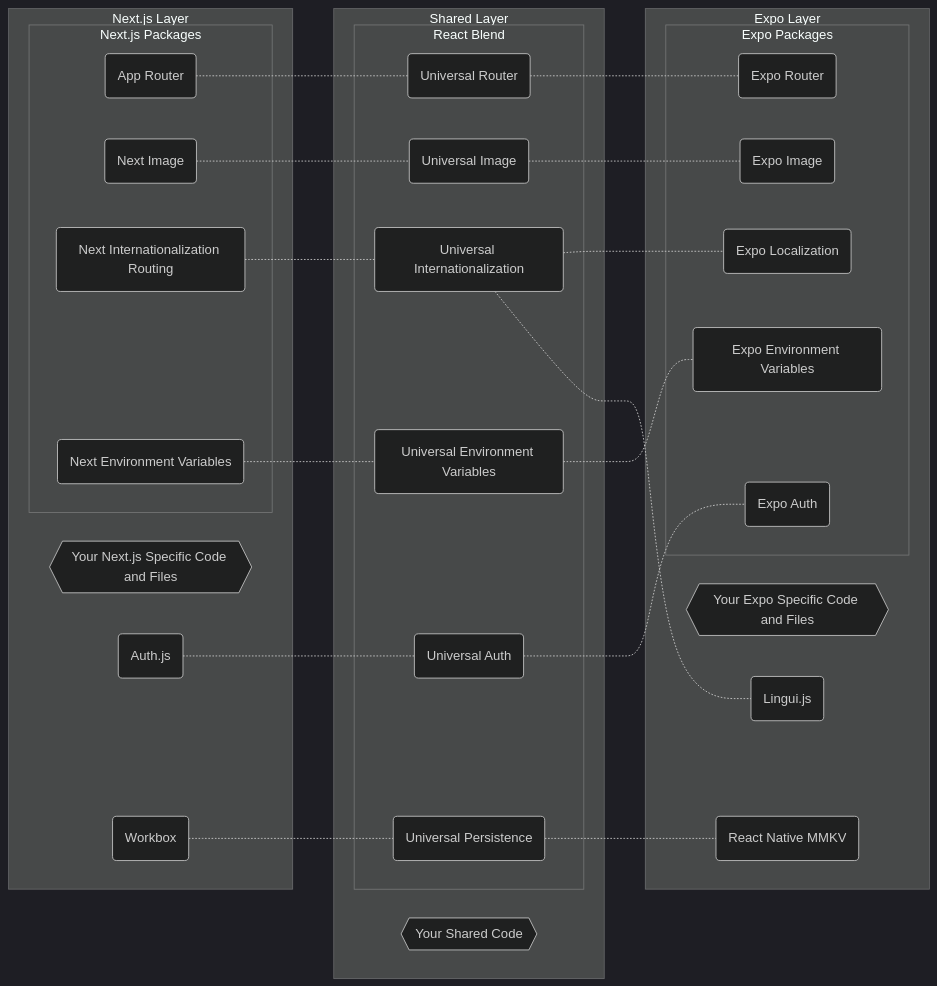
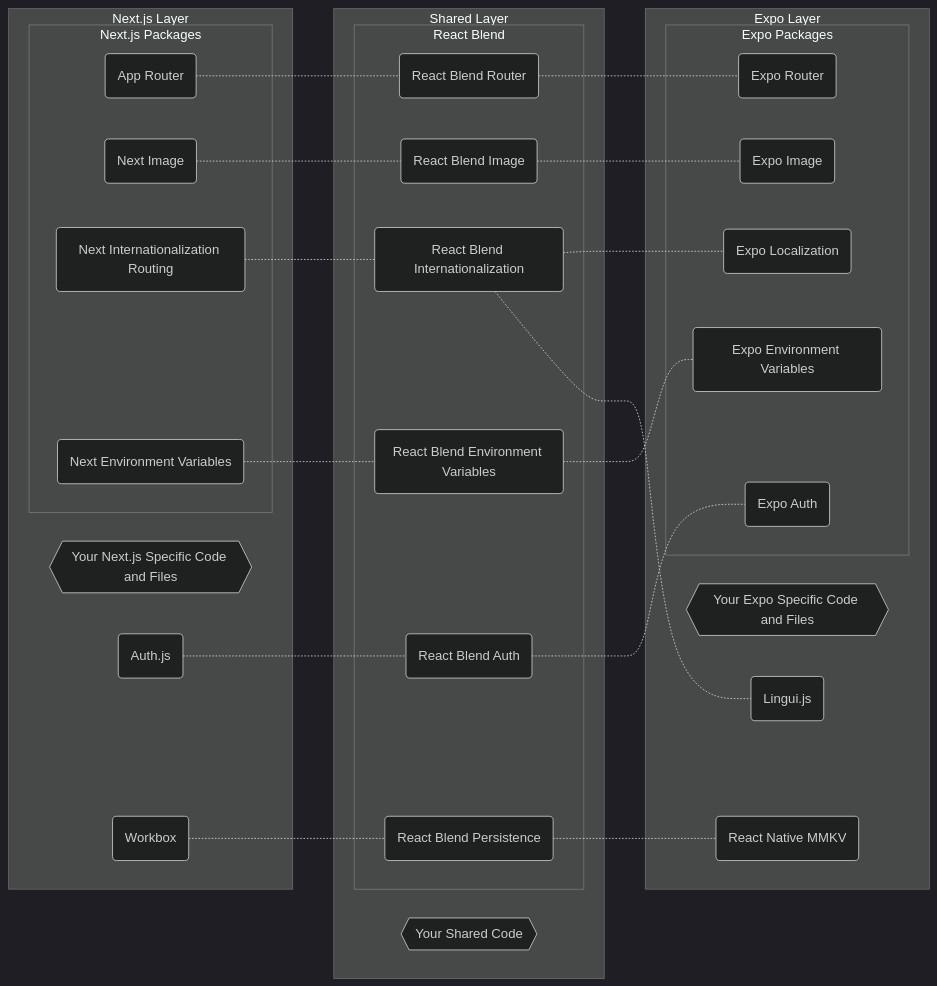
The diagram in README.md (gloredo/react-blend), drawn with Mermaid (dark theme) before and after one commit.

````diff
--- a/README.md
+++ b/README.md
@@ -63,73 +63,73 @@
 ```mermaid
 graph LR
 
 next-specific{{Your Next.js Specific Code and Files}}
 app-router(App Router)
 next-image(Next Image)
 auth-js(Auth.js)
 next-i18n(Next Internationalization Routing)
 next-env-vars(Next Environment Variables)
 workbox(Workbox)
 
 expo-specific{{Your Expo Specific Code and Files}}
 expo-router(Expo Router)
 expo-image(Expo Image)
 expo-auth(Expo Auth)
 expo-localization(Expo Localization)
 lingui-js(Lingui.js)
 expo-env-vars(Expo Environment Variables)
 rn-mmkv(React Native MMKV)
 
 shared-code{{Your Shared Code}}
-rul-router(Universal Router)
-rul-image(Universal Image)
-rul-auth(Universal Auth)
-rul-internationalization(Universal Internationalization)
-rul-env-vars(Universal Environment Variables)
-rul-persistence(Universal Persistence)
+rb-router(React Blend Router)
+rb-image(React Blend Image)
+rb-auth(React Blend Auth)
+rb-internationalization(React Blend Internationalization)
+rb-env-vars(React Blend Environment Variables)
+rb-persistence(React Blend Persistence)
 
 subgraph Next.js Layer
     next-specific
     subgraph Next.js Packages
         app-router
         next-image
         next-i18n
         next-env-vars
     end
     auth-js
     workbox
 end
 
 subgraph Expo Layer
     expo-specific
     subgraph Expo Packages
         expo-router
         expo-image
         expo-env-vars
         expo-localization
         expo-auth
     end
     lingui-js
     rn-mmkv
 end
 
 subgraph Shared Layer
     shared-code
     subgraph React Blend
-        rul-router
-        rul-image
-        rul-env-vars
-        rul-internationalization
-        rul-persistence
-        rul-auth
+        rb-router
+        rb-image
+        rb-env-vars
+        rb-internationalization
+        rb-persistence
+        rb-auth
     end
 end
 
-app-router -.- rul-router -.- expo-router
-next-image -.- rul-image -.- expo-image
-auth-js -.- rul-auth -.- expo-auth
-next-i18n -.- rul-internationalization -.- expo-localization
-rul-internationalization -.- lingui-js
-next-env-vars -.- rul-env-vars -.- expo-env-vars
-workbox -.- rul-persistence -.- rn-mmkv
+app-router -.- rb-router -.- expo-router
+next-image -.- rb-image -.- expo-image
+auth-js -.- rb-auth -.- expo-auth
+next-i18n -.- rb-internationalization -.- expo-localization
+rb-internationalization -.- lingui-js
+next-env-vars -.- rb-env-vars -.- expo-env-vars
+workbox -.- rb-persistence -.- rn-mmkv
 ```
````
